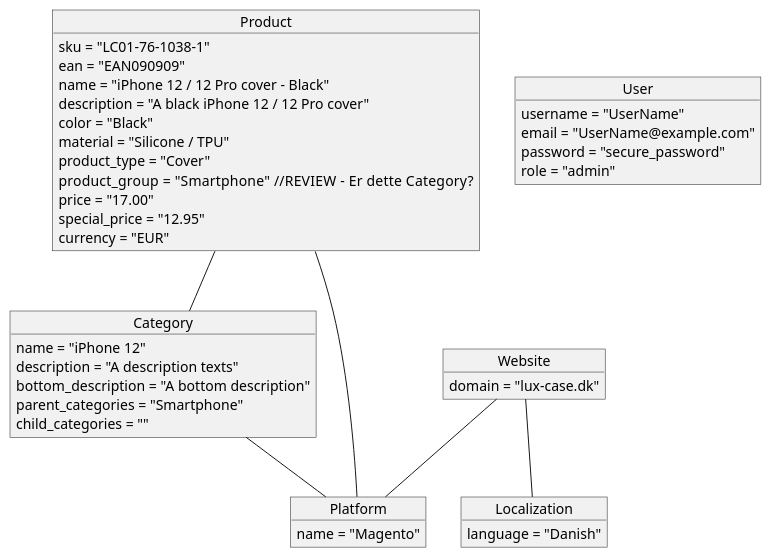
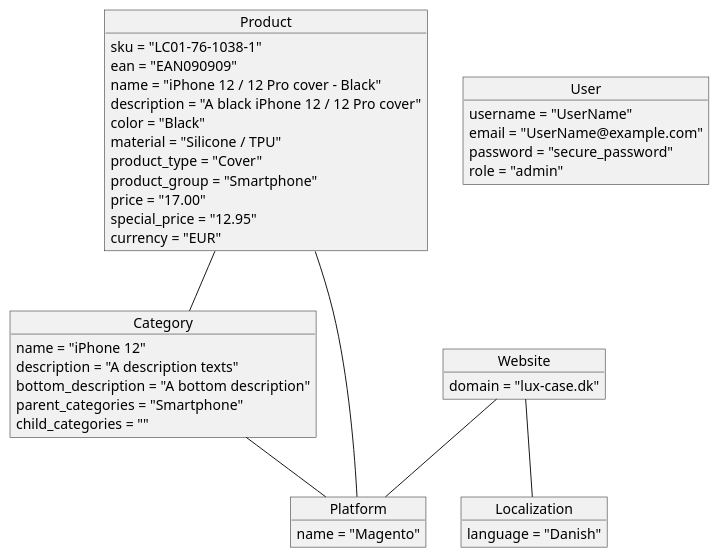
One commit to DMOoF23-S4-Team2/PMS-WePack changed the diagram in Documents/Models/DomainModel.plantuml. Above: the diagram before and after it, drawn with PlantUML. The commit also changed 1 other file, not shown here.

```diff
--- a/Documents/Models/DomainModel.plantuml
+++ b/Documents/Models/DomainModel.plantuml
@@ -1,50 +1,51 @@
 @startuml Domain Model
 
 object "Product" as product {
     sku = "LC01-76-1038-1"
     ean = "EAN090909"
     name = "iPhone 12 / 12 Pro cover - Black"
     description = "A black iPhone 12 / 12 Pro cover"
     color = "Black"
     material = "Silicone / TPU"
     product_type = "Cover"
-    product_group = "Smartphone"    //REVIEW - Er dette Category?
+    product_group = "Smartphone"
     price = "17.00"
     special_price = "12.95"
     currency = "EUR"  
 }
+
 
 object "Category" as category {    
     name = "iPhone 12"  
     description = "A description texts"
     bottom_description = "A bottom description"
     parent_categories = "Smartphone"
     child_categories = ""
 }
 
 object "Localization" as localization {    
     language = "Danish"      
 }
 
 object "Platform" as platform {    
     name = "Magento"      
 }
 
 object "Website" as website {    
     domain = "lux-case.dk"      
 }
 
 object "User" as user {    
     username = "UserName"  
     email = "UserName@example.com"  
     password = "secure_password"
     role = "admin"
 }
 
 product -- category
 product -- platform
 category -- platform
 website -- platform
 website -- localization
 
 @enduml
```
